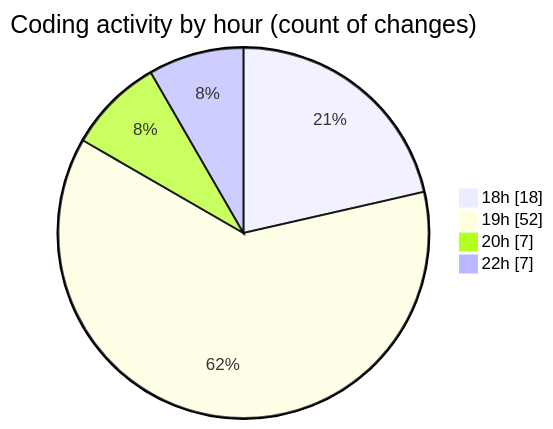
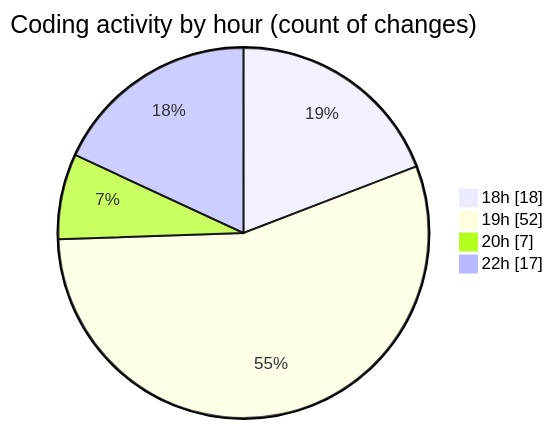
The second of 2 diagrams in 2025-01-03/my-code-activity-ext/README.md (ernivani/code-tracking), drawn with Mermaid before and after one commit. The commit also changed other lines of this file and 6 other files, not shown here.

````diff
--- a/2025-01-03/my-code-activity-ext/README.md
+++ b/2025-01-03/my-code-activity-ext/README.md
@@ -47,8 +47,8 @@
 ```mermaid
 pie showData
 title Coding activity by hour (count of changes)
 "18h" : 18
 "19h" : 52
 "20h" : 7
-"22h" : 7
+"22h" : 17
 ```
````
